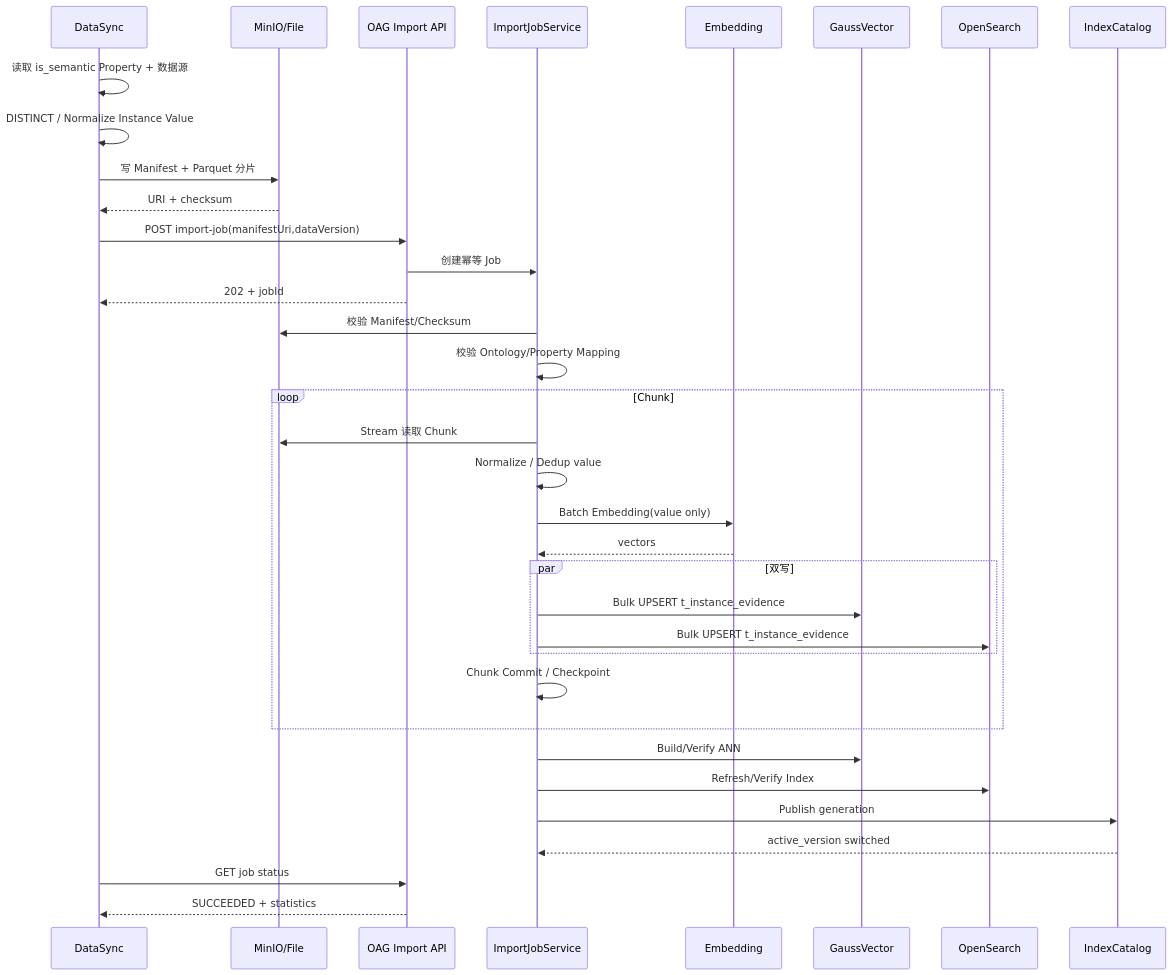
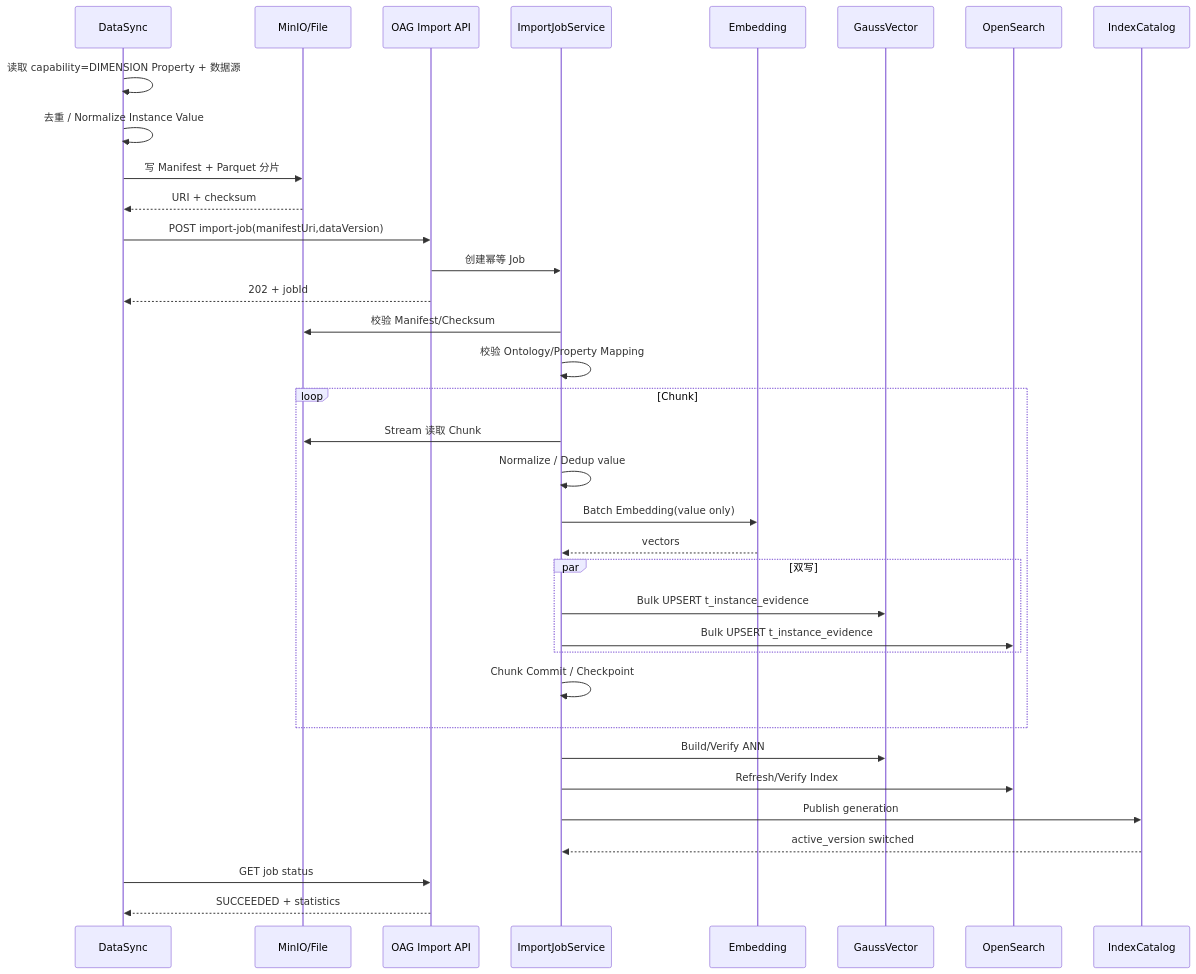
The fifth of 6 diagrams in docs/OAG本体锚点语义检索与向量索引设计方案.md (cfwl100/onology_dsl), drawn with Mermaid before and after one commit. The commit also changed other lines of this file, not shown here.

````diff
--- a/docs/OAG本体锚点语义检索与向量索引设计方案.md
+++ b/docs/OAG本体锚点语义检索与向量索引设计方案.md
@@ -2336,43 +2293,43 @@
 ```mermaid
 sequenceDiagram
     participant DS as DataSync
     participant M as MinIO/File
     participant API as OAG Import API
     participant J as ImportJobService
     participant E as Embedding
     participant GV as GaussVector
     participant OS as OpenSearch
     participant C as IndexCatalog
 
-    DS->>DS: 读取 is_semantic Property + 数据源
-    DS->>DS: DISTINCT / Normalize Instance Value
+    DS->>DS: 读取 capability=DIMENSION Property + 数据源
+    DS->>DS: 去重 / Normalize Instance Value
     DS->>M: 写 Manifest + Parquet 分片
     M-->>DS: URI + checksum
 
     DS->>API: POST import-job(manifestUri,dataVersion)
     API->>J: 创建幂等 Job
     API-->>DS: 202 + jobId
 
     J->>M: 校验 Manifest/Checksum
     J->>J: 校验 Ontology/Property Mapping
 
     loop Chunk
         J->>M: Stream 读取 Chunk
         J->>J: Normalize / Dedup value
         J->>E: Batch Embedding(value only)
         E-->>J: vectors
         par 双写
             J->>GV: Bulk UPSERT t_instance_evidence
             J->>OS: Bulk UPSERT t_instance_evidence
         end
         J->>J: Chunk Commit / Checkpoint
     end
 
     J->>GV: Build/Verify ANN
     J->>OS: Refresh/Verify Index
     J->>C: Publish generation
     C-->>J: active_version switched
 
     DS->>API: GET job status
     API-->>DS: SUCCEEDED + statistics
 ```
````
